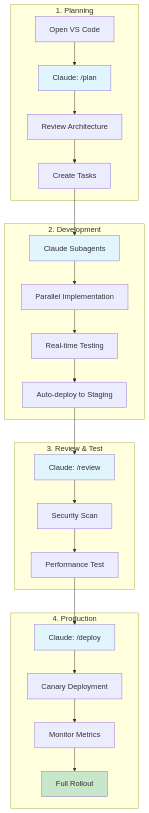
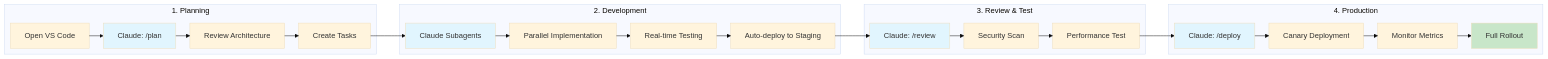
The second of 4 diagrams in Claude Code Mastery/Claude Code Mastery - From Terminal to IDE: Complete VS Code Integration & Real-World Project Workflow.md (Vineet-Sharma-Medium-Stories/Medium-Build-Tool), drawn with Mermaid before and after one commit. The commit also changed other lines of this file and 27 other files, not shown here.

````diff
--- a/Claude Code Mastery/Claude Code Mastery - From Terminal to IDE: Complete VS Code Integration & Real-World Project Workflow.md
+++ b/Claude Code Mastery/Claude Code Mastery - From Terminal to IDE: Complete VS Code Integration & Real-World Project Workflow.md
@@ -1296,34 +1301,39 @@
 ```mermaid
-graph TB
+---
+config:
+  layout: elk
+  theme: base
+---
+graph LR
     subgraph "1. Planning"
         A[Open VS Code] --> B[Claude: /plan]
         B --> C[Review Architecture]
         C --> D[Create Tasks]
     end
     
     subgraph "2. Development"
         D --> E[Claude Subagents]
         E --> F[Parallel Implementation]
         F --> G[Real-time Testing]
         G --> H[Auto-deploy to Staging]
     end
     
     subgraph "3. Review & Test"
         H --> I[Claude: /review]
         I --> J[Security Scan]
         J --> K[Performance Test]
     end
     
     subgraph "4. Production"
         K --> L[Claude: /deploy]
         L --> M[Canary Deployment]
         M --> N[Monitor Metrics]
         N --> O[Full Rollout]
     end
     
     style B fill:#e1f5fe
     style E fill:#e1f5fe
     style I fill:#e1f5fe
     style L fill:#e1f5fe
     style O fill:#c8e6c9
 ```
````
